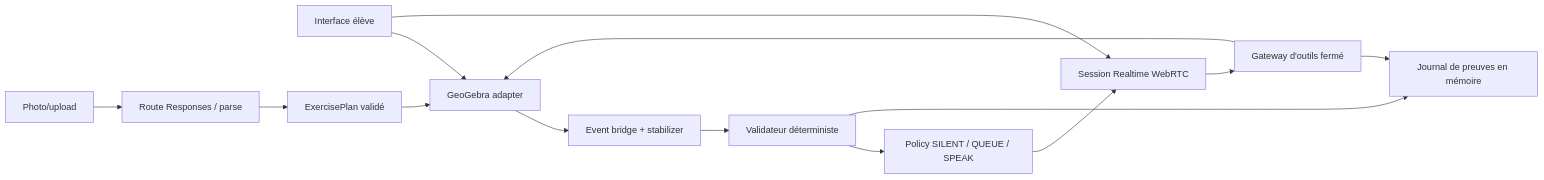
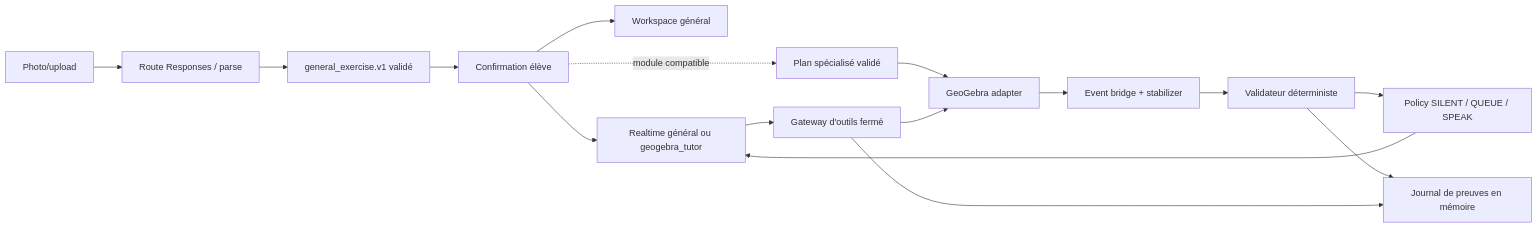
Before and after one commit to VincentNinIA/Compass: the diagram in docs/ARCHITECTURE.md, drawn with Mermaid. The commit also changed other lines of this file and 108 other files, not shown here.

````diff
--- a/docs/ARCHITECTURE.md
+++ b/docs/ARCHITECTURE.md
@@ -264,16 +353,18 @@
 ```mermaid
 flowchart LR
-    UI["Interface élève"] --> GGB["GeoGebra adapter"]
-    UI --> RTC["Session Realtime WebRTC"]
     Photo["Photo/upload"] --> Parse["Route Responses / parse"]
-    Parse --> Plan["ExercisePlan validé"]
-    Plan --> GGB
+    Parse --> General["general_exercise.v1 validé"]
+    General --> Confirm["Confirmation élève"]
+    Confirm --> UI["Workspace général"]
+    Confirm --> RTC["Realtime général ou geogebra_tutor"]
+    Confirm -. "module compatible" .-> Plan["Plan spécialisé validé"]
+    Plan --> GGB["GeoGebra adapter"]
     GGB --> Events["Event bridge + stabilizer"]
     Events --> Validate["Validateur déterministe"]
     Validate --> Policy["Policy SILENT / QUEUE / SPEAK"]
     Policy --> RTC
     RTC --> Gateway["Gateway d'outils fermé"]
     Gateway --> GGB
     Validate --> Evidence["Journal de preuves en mémoire"]
     Gateway --> Evidence
 ```
````
